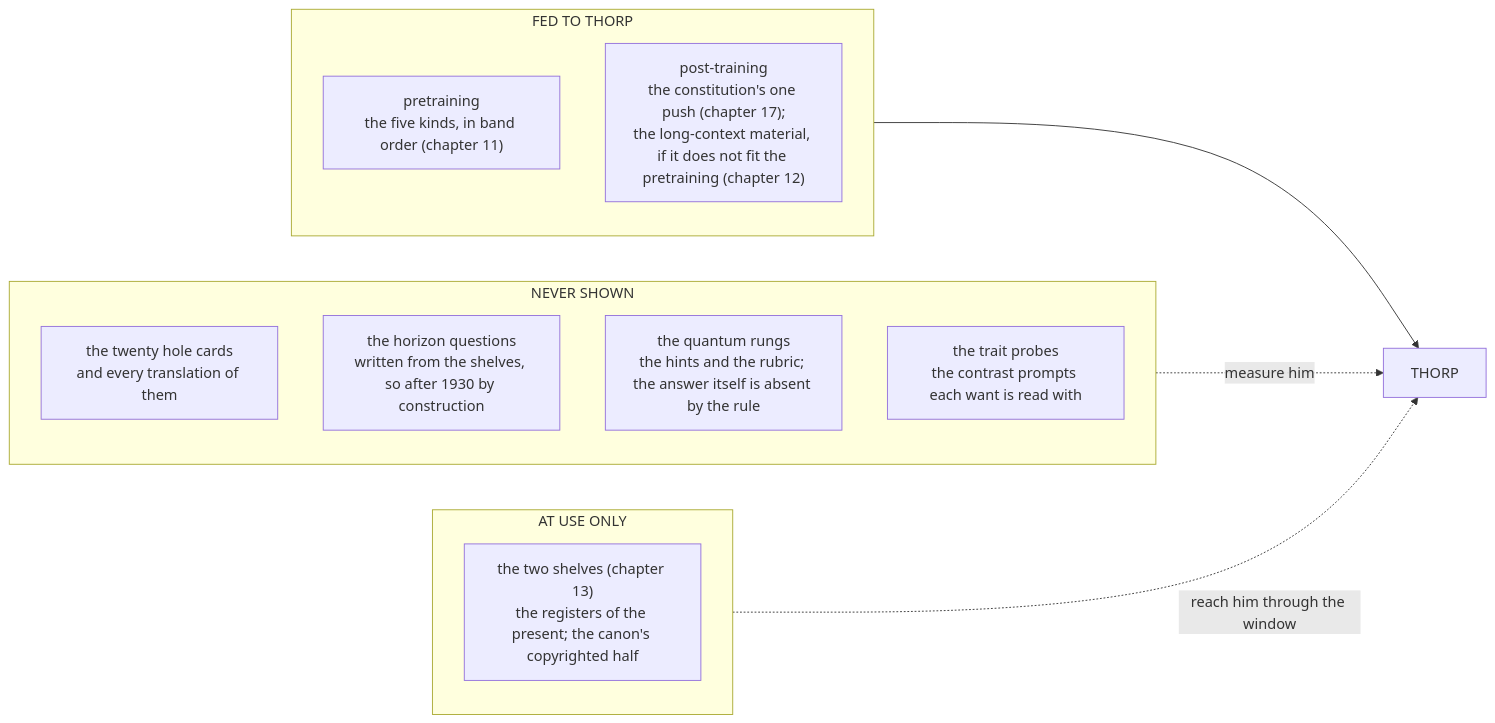
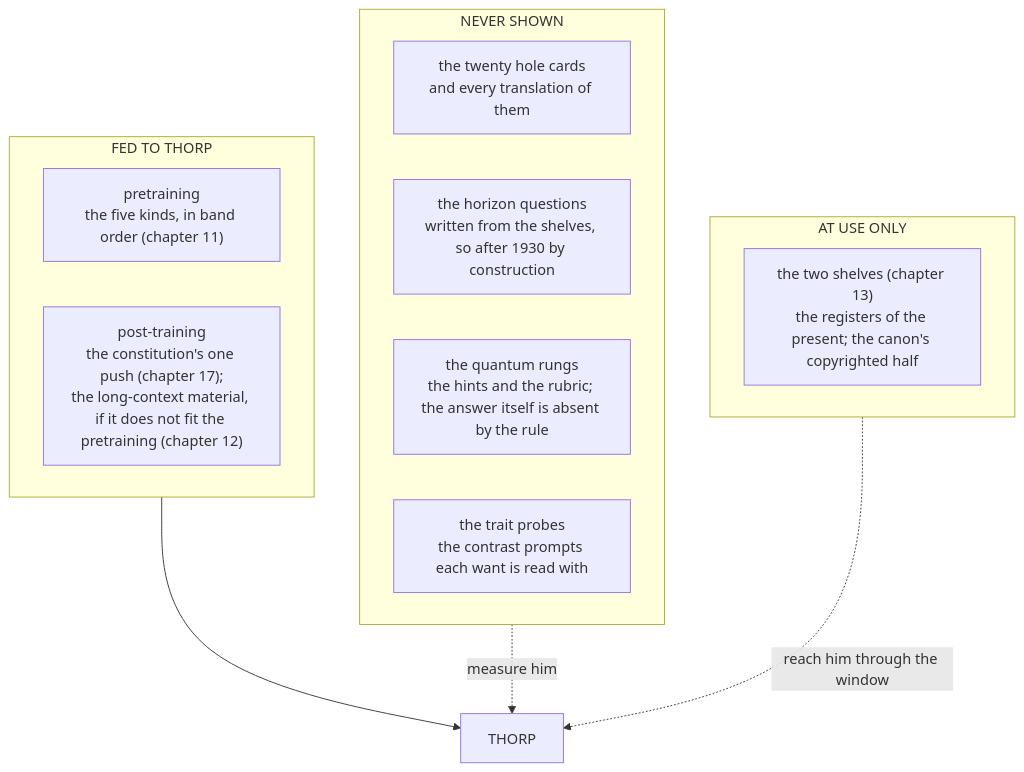
One commit to demitonapp/nothing-up-my-sleeve changed the second of 2 diagrams in docs/writings/nothing-up-my-sleeve/03-not-built-to-comprehend-a-lie/10-where-the-words-come-from.md. Above: the diagram before and after it, drawn with Mermaid. The commit also changed other lines of this file and 26 other files, not shown here.

````diff
--- a/docs/writings/nothing-up-my-sleeve/03-not-built-to-comprehend-a-lie/10-where-the-words-come-from.md
+++ b/docs/writings/nothing-up-my-sleeve/03-not-built-to-comprehend-a-lie/10-where-the-words-come-from.md
@@ -104,19 +104,19 @@
 ```mermaid
-flowchart LR
+flowchart TB
   subgraph FED["FED TO THORP"]
     PRE["pretraining<br/>the five kinds, in band order (chapter 11)"]
     POST["post-training<br/>the constitution's one push (chapter 17);<br/>the long-context material, if it does not fit the pretraining (chapter 12)"]
   end
   subgraph NEVER["NEVER SHOWN"]
     HC["the twenty hole cards<br/>and every translation of them"]
     HZ["the horizon questions<br/>written from the shelves, so after 1930 by construction"]
     QR["the quantum rungs<br/>the hints and the rubric; the answer itself is absent by the rule"]
     TP["the trait probes<br/>the contrast prompts each want is read with"]
   end
   subgraph USE["AT USE ONLY"]
     SH["the two shelves (chapter 13)<br/>the registers of the present; the canon's copyrighted half"]
   end
   FED --> T["THORP"]
   NEVER -. "measure him" .-> T
   USE -. "reach him through the window" .-> T
 ```
````
